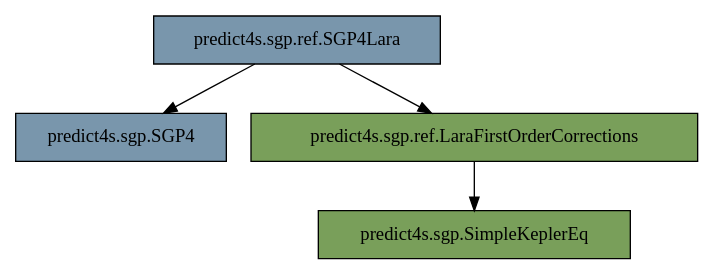
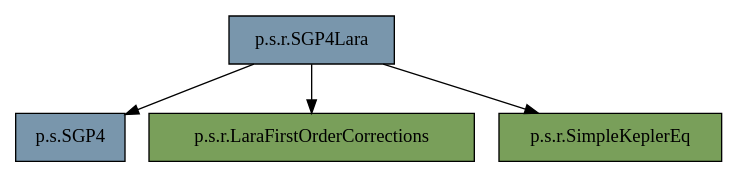
Before and after one commit to pleira/SGP4Extensions: the diagram in doc/graphviz/lara.dot, drawn with Graphviz. The commit also changed other lines of this file and 4 other files, not shown here.

```diff
--- a/doc/graphviz/lara.dot
+++ b/doc/graphviz/lara.dot
@@ -1,16 +1,16 @@
 digraph "diagram" {
 
 node  [shape="record", style="filled"]
 
 edge  [arrowtail="none"]
 
-"predict4s.sgp.SGP4" [fillcolor="#7996AC"]
-"predict4s.sgp.SimpleKeplerEq" [fillcolor="#799F5A"]
-"predict4s.sgp.ref.LaraFirstOrderCorrections" [fillcolor="#799F5A"]
-"predict4s.sgp.ref.SGP4Lara" [fillcolor="#7996AC"]
+"p.s.SGP4" [fillcolor="#7996AC"]
+"p.s.r.LaraFirstOrderCorrections" [fillcolor="#799F5A"]
+"p.s.r.SGP4Lara" [fillcolor="#7996AC"]
+"p.s.r.SimpleKeplerEq" [fillcolor="#799F5A"]
 
-"predict4s.sgp.ref.LaraFirstOrderCorrections" -> "predict4s.sgp.SimpleKeplerEq"
-"predict4s.sgp.ref.SGP4Lara" -> "predict4s.sgp.SGP4"
-"predict4s.sgp.ref.SGP4Lara" -> "predict4s.sgp.ref.LaraFirstOrderCorrections"
+"p.s.r.SGP4Lara" -> "p.s.SGP4"
+"p.s.r.SGP4Lara" -> "p.s.r.SimpleKeplerEq"
+"p.s.r.SGP4Lara" -> "p.s.r.LaraFirstOrderCorrections"
 
 }
```
